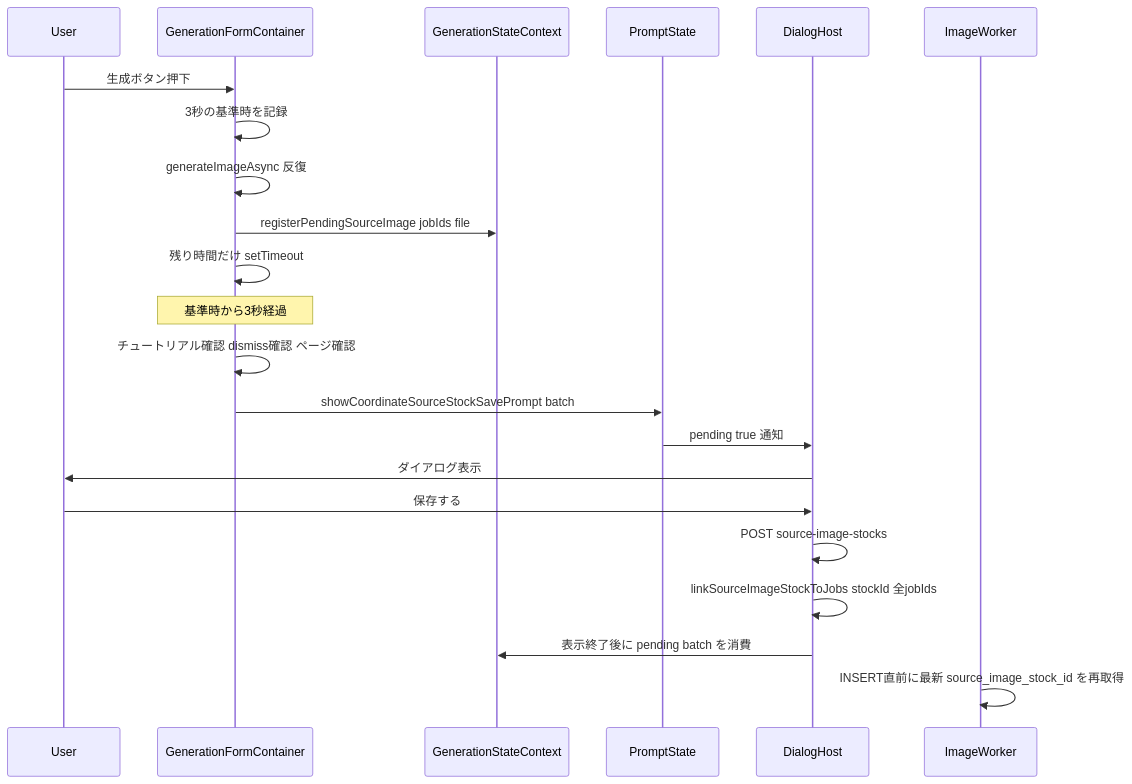
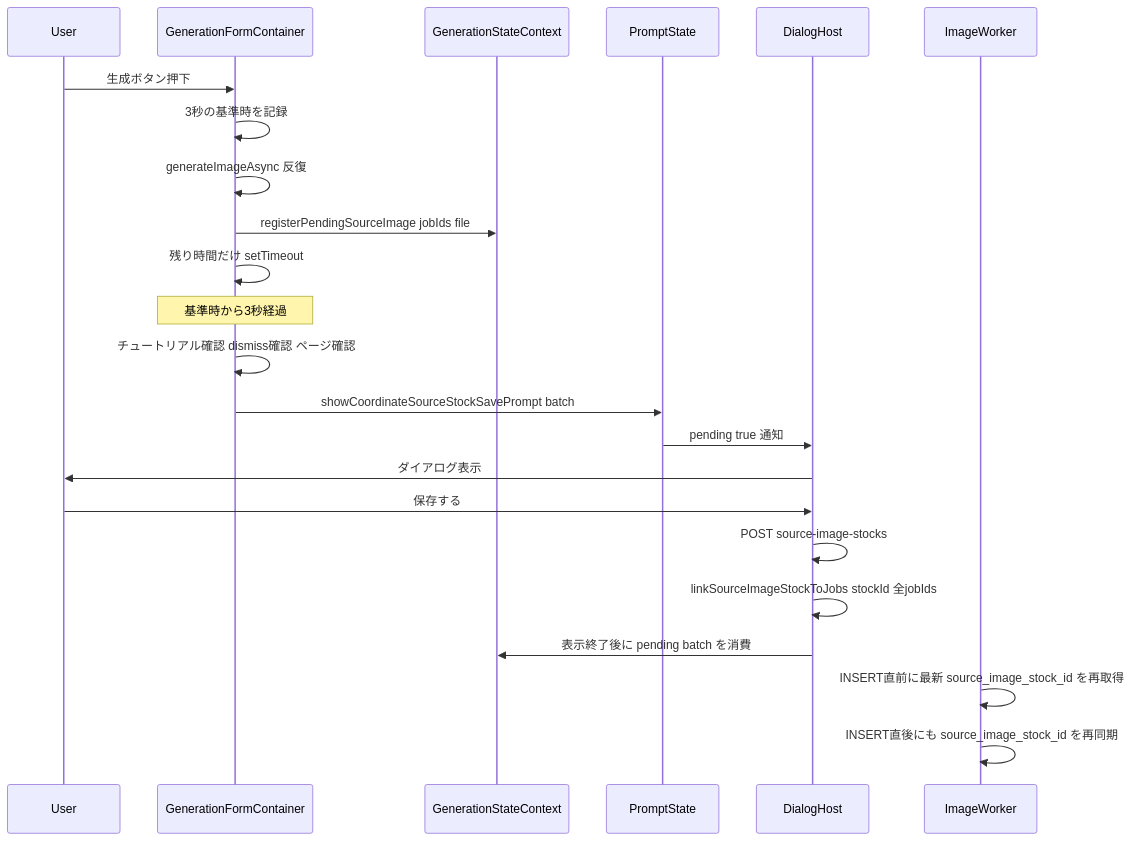
Before and after one commit to 3balljugglerYu/ai_coordinate: the third of 4 diagrams in docs/planning/coordinate-stock-prompt-pre-generation-plan.md, drawn with Mermaid. The commit also changed other lines of this file and 3 other files, not shown here.

Commit message:
fix(coordinate): prevent source stock link race

````diff
--- a/docs/planning/coordinate-stock-prompt-pre-generation-plan.md
+++ b/docs/planning/coordinate-stock-prompt-pre-generation-plan.md
@@ -101,24 +101,25 @@
 ```mermaid
 sequenceDiagram
     participant U as User
     participant F as GenerationFormContainer
     participant S as GenerationStateContext
     participant P as PromptState
     participant H as DialogHost
     participant W as ImageWorker
     U->>F: 生成ボタン押下
     F->>F: 3秒の基準時を記録
     F->>F: generateImageAsync 反復
     F->>S: registerPendingSourceImage jobIds file
     F->>F: 残り時間だけ setTimeout
     Note over F: 基準時から3秒経過
     F->>F: チュートリアル確認 dismiss確認 ページ確認
     F->>P: showCoordinateSourceStockSavePrompt batch
     P->>H: pending true 通知
     H->>U: ダイアログ表示
     U->>H: 保存する
     H->>H: POST source-image-stocks
     H->>H: linkSourceImageStockToJobs stockId 全jobIds
     H->>S: 表示終了後に pending batch を消費
     W->>W: INSERT直前に最新 source_image_stock_id を再取得
+    W->>W: INSERT直後にも source_image_stock_id を再同期
 ```
````
